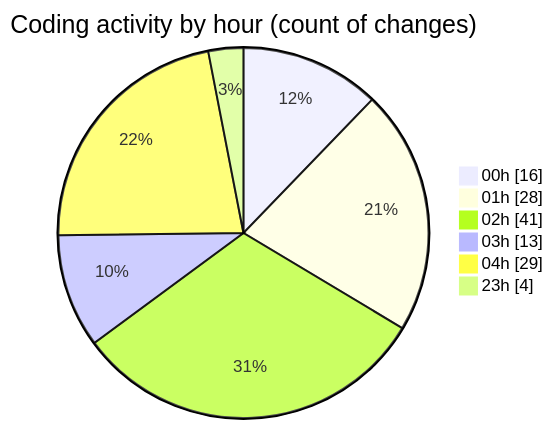
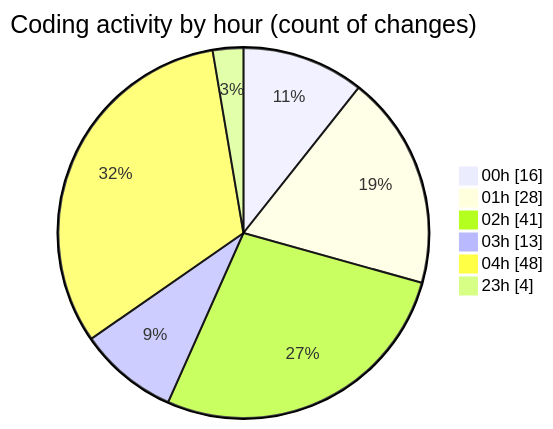
Before and after one commit to julien-gomy/code-tracking: the second of 2 diagrams in 2025-11-23/eventscop-frontend-guide__workspace_/README.md, drawn with Mermaid. The commit also changed other lines of this file and 1 other file, not shown here.

````diff
--- a/2025-11-23/eventscop-frontend-guide__workspace_/README.md
+++ b/2025-11-23/eventscop-frontend-guide__workspace_/README.md
@@ -85,10 +86,10 @@
 ```mermaid
 pie showData
 title Coding activity by hour (count of changes)
 "00h" : 16
 "01h" : 28
 "02h" : 41
 "03h" : 13
-"04h" : 29
+"04h" : 48
 "23h" : 4
 ```
````
